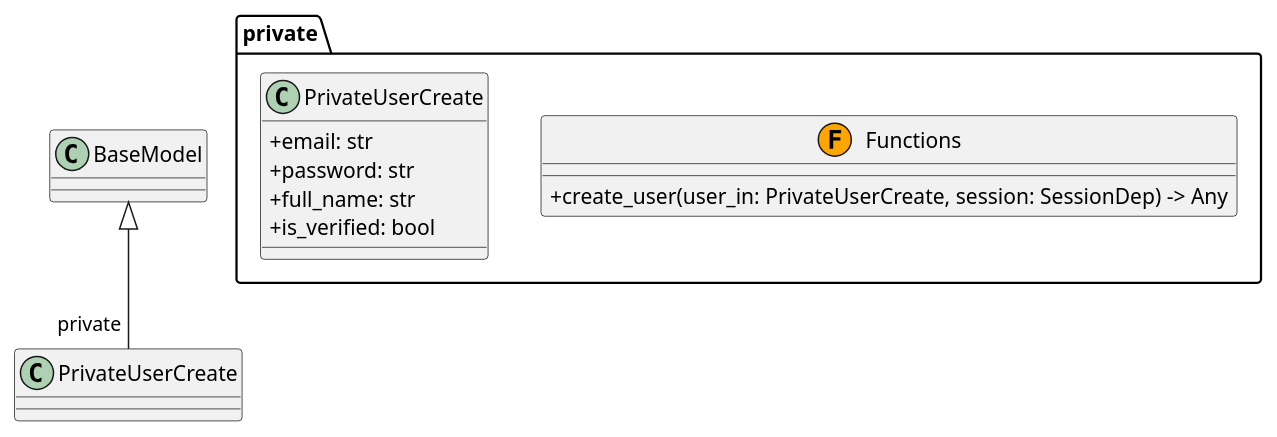
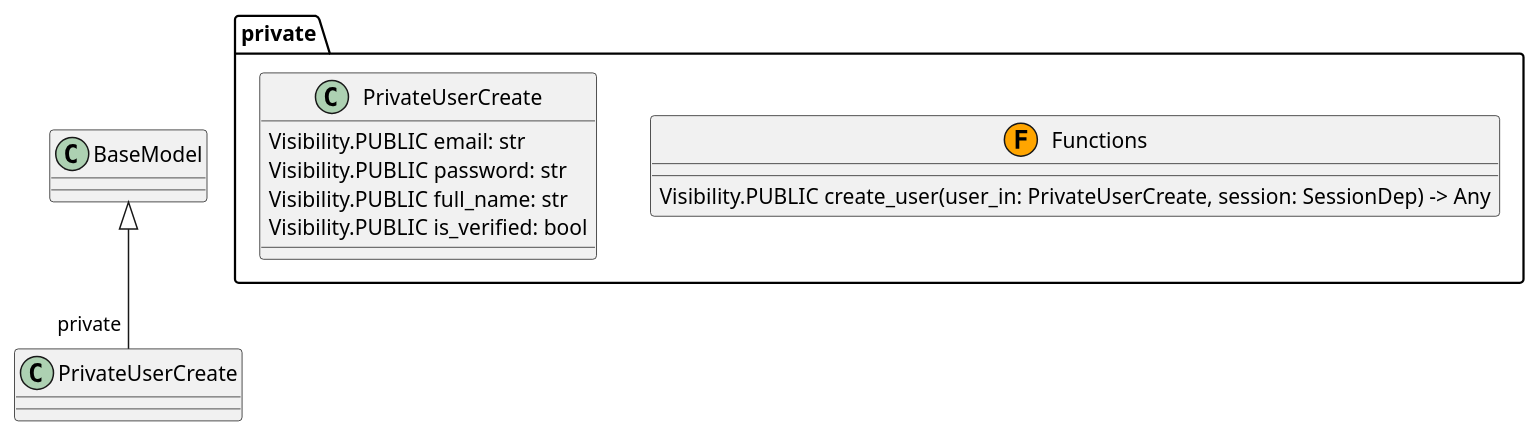
One commit to jswans33/my-full-stack-fastapi-template changed the diagram in docs/source/_generated_uml/private.puml. Above: the diagram before and after it, drawn with PlantUML. The commit also changed 62 other files, not shown here.

Commit message:
Add UML generator module and update visibility for functions in UML diagrams

```diff
--- a/docs/source/_generated_uml/private.puml
+++ b/docs/source/_generated_uml/private.puml
@@ -1,18 +1,18 @@
 @startuml
 skinparam classAttributeIconSize 0
 
 package "private" {
   class Functions <<(F,orange)>> {
-    + create_user(user_in: PrivateUserCreate, session: SessionDep) -> Any
+    Visibility.PUBLIC create_user(user_in: PrivateUserCreate, session: SessionDep) -> Any
   }
   class PrivateUserCreate {
-    + email: str
-    + password: str
-    + full_name: str
-    + is_verified: bool
+    Visibility.PUBLIC email: str
+    Visibility.PUBLIC password: str
+    Visibility.PUBLIC full_name: str
+    Visibility.PUBLIC is_verified: bool
   }
 }
 
 ' Relationships
 BaseModel <|-- "private".PrivateUserCreate
 @enduml
```
